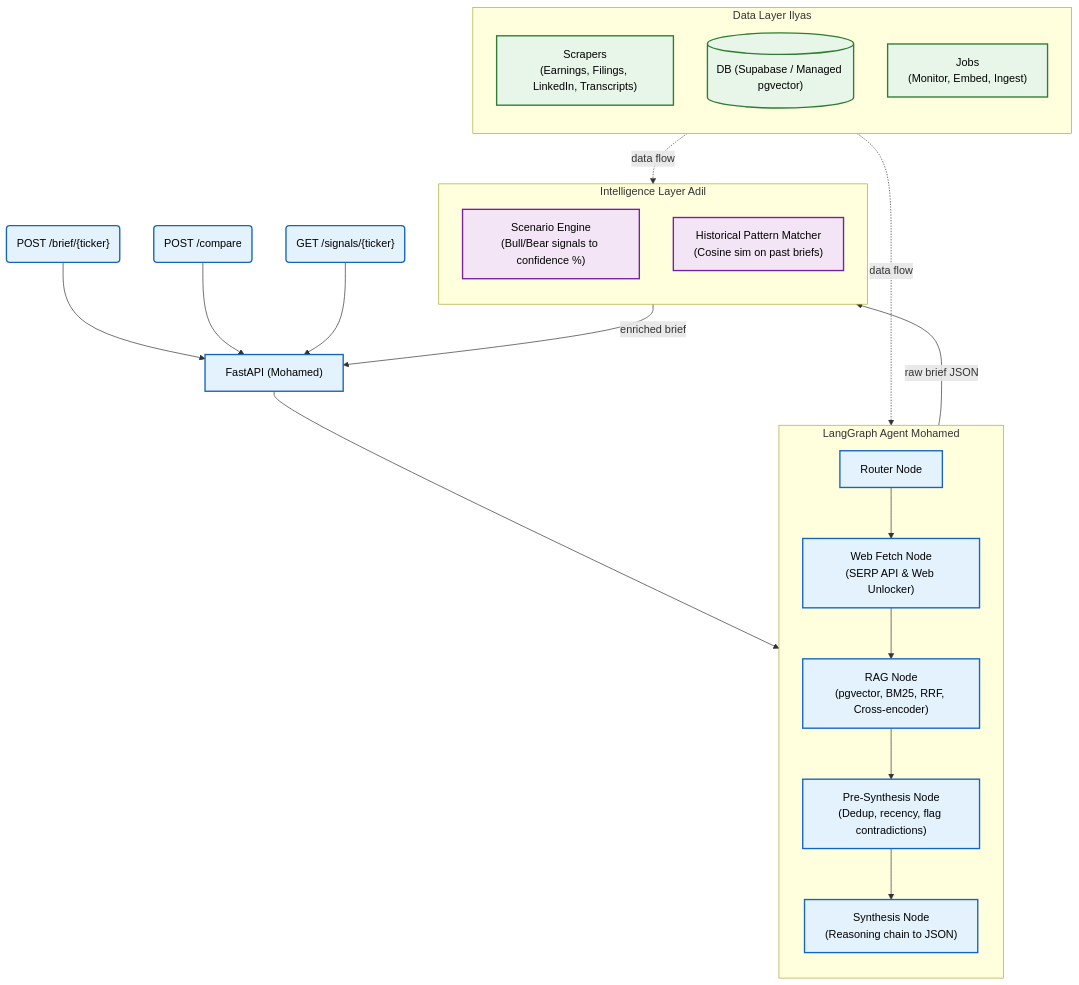
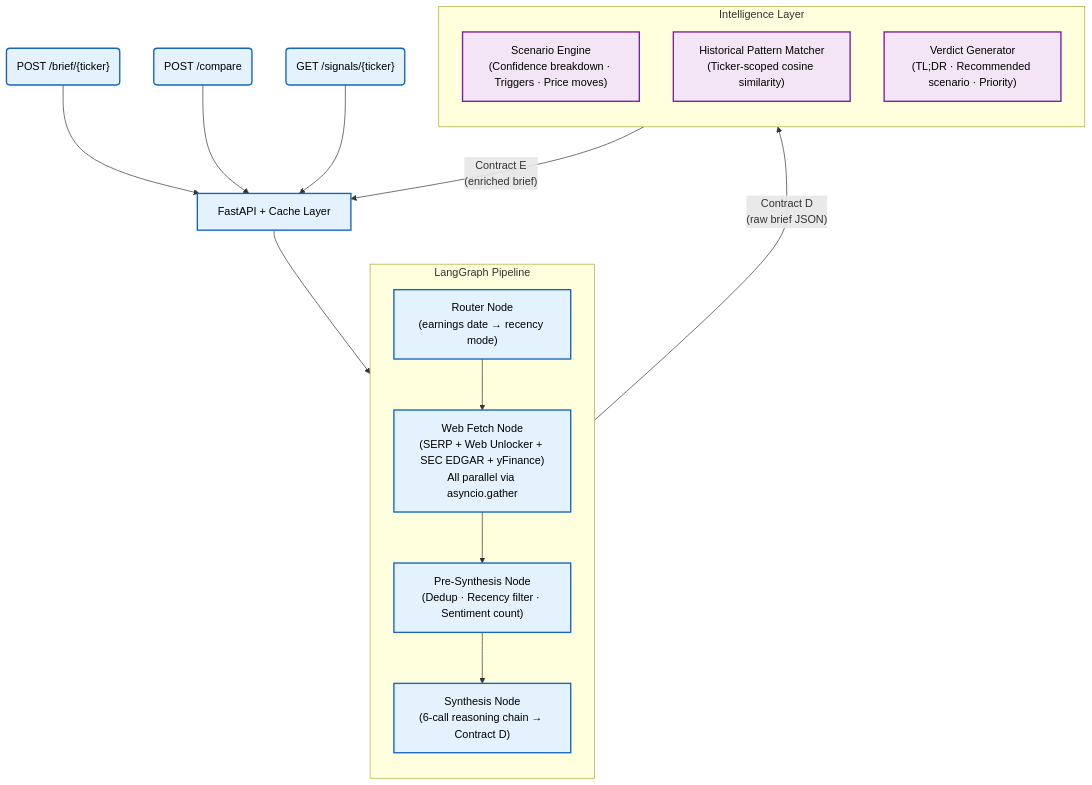
The first of 2 diagrams in README.md (aamohmd/EarningsEdge), drawn with Mermaid before and after one commit. The commit also changed other lines of this file and 24 other files, not shown here.

````diff
--- a/README.md
+++ b/README.md
@@ -56,52 +44,38 @@
 ```mermaid
 graph TD
     classDef mohamed fill:#e3f2fd,stroke:#1565c0,stroke-width:2px,color:#000;
     classDef adil fill:#f3e5f5,stroke:#7b1fa2,stroke-width:2px,color:#000;
-    classDef ilyas fill:#e8f5e9,stroke:#2e7d32,stroke-width:2px,color:#000;
-    classDef default fill:#f9f9f9,stroke:#333,stroke-width:1px,color:#000;
-    
+    classDef shared fill:#fff8e1,stroke:#f57f17,stroke-width:2px,color:#000;
+
     API1("POST /brief/{ticker}"):::mohamed
     API2("POST /compare"):::mohamed
     API3("GET  /signals/{ticker}"):::mohamed
-    
-    FastAPI["FastAPI (Mohamed)"]:::mohamed
+
+    FastAPI["FastAPI + Cache Layer"]:::mohamed
     API1 --> FastAPI
     API2 --> FastAPI
     API3 --> FastAPI
-    
-    subgraph LangGraphAgent ["LangGraph Agent Mohamed"]
+
+    subgraph LangGraphAgent ["LangGraph Pipeline"]
         direction TB
-        Router["Router Node"]:::mohamed
-        WebFetch["Web Fetch Node<br/>(SERP API & Web Unlocker)"]:::mohamed
-        RAG["RAG Node<br/>(pgvector, BM25, RRF, Cross-encoder)"]:::mohamed
-        PreSynth["Pre-Synthesis Node<br/>(Dedup, recency, flag contradictions)"]:::mohamed
-        Synth["Synthesis Node<br/>(Reasoning chain to JSON)"]:::mohamed
-        
-        Router --> WebFetch
-        WebFetch --> RAG
-        RAG --> PreSynth
-        PreSynth --> Synth
+        Router["Router Node\n(earnings date → recency mode)"]:::mohamed
+        WebFetch["Web Fetch Node\n(SERP + Web Unlocker + SEC EDGAR + yFinance)\nAll parallel via asyncio.gather"]:::mohamed
+        PreSynth["Pre-Synthesis Node\n(Dedup · Recency filter · Sentiment count)"]:::mohamed
+        Synth["Synthesis Node\n(6-call reasoning chain → Contract D)"]:::mohamed
     end
-    
+
     FastAPI --> Router
-    
-    subgraph IntelligenceLayer ["Intelligence Layer Adil"]
+    Router --> WebFetch
+    WebFetch --> PreSynth
+    PreSynth --> Synth
+
+    subgraph IntelligenceLayer ["Intelligence Layer"]
         direction TB
-        Scenario["Scenario Engine<br/>(Bull/Bear signals to confidence %)"]:::adil
-        Pattern["Historical Pattern Matcher<br/>(Cosine sim on past briefs)"]:::adil
+        Scenario["Scenario Engine\n(Confidence breakdown · Triggers · Price moves)"]:::adil
+        Pattern["Historical Pattern Matcher\n(Ticker-scoped cosine similarity)"]:::adil
+        Verdict["Verdict Generator\n(TL;DR · Recommended scenario · Priority)"]:::adil
     end
-    
-    Synth -->|raw brief JSON| IntelligenceLayer
-    
-    subgraph DataLayer ["Data Layer Ilyas"]
-        direction TB
-        Scrapers["Scrapers<br/>(Earnings, Filings, LinkedIn, Transcripts)"]:::ilyas
-        DB[("DB (Supabase / Managed pgvector)")]:::ilyas
-        Jobs["Jobs<br/>(Monitor, Embed, Ingest)"]:::ilyas
-    end
-    
-    IntelligenceLayer -->|enriched brief| FastAPI
-    
-    DataLayer -.->|data flow| LangGraphAgent
-    DataLayer -.->|data flow| IntelligenceLayer
+
+    Synth -->|"Contract D\n(raw brief JSON)"| IntelligenceLayer
+    IntelligenceLayer -->|"Contract E\n(enriched brief)"| FastAPI
 ```
````
